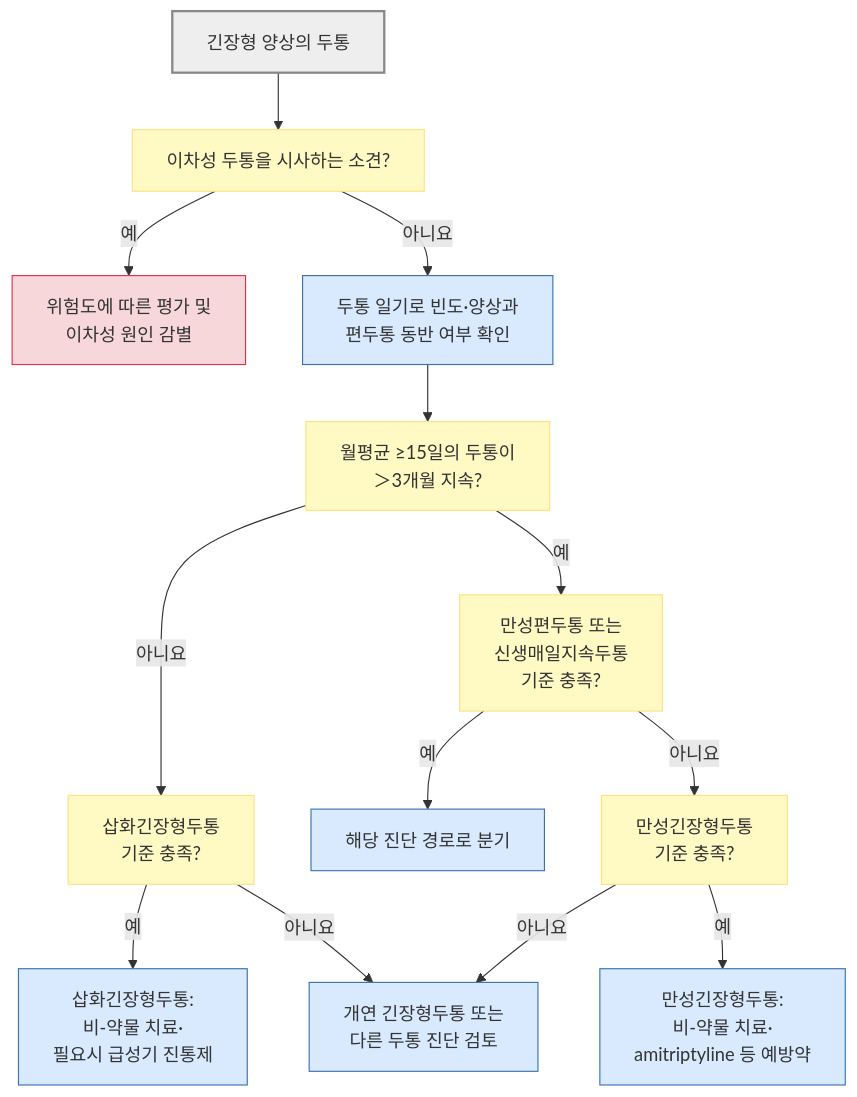
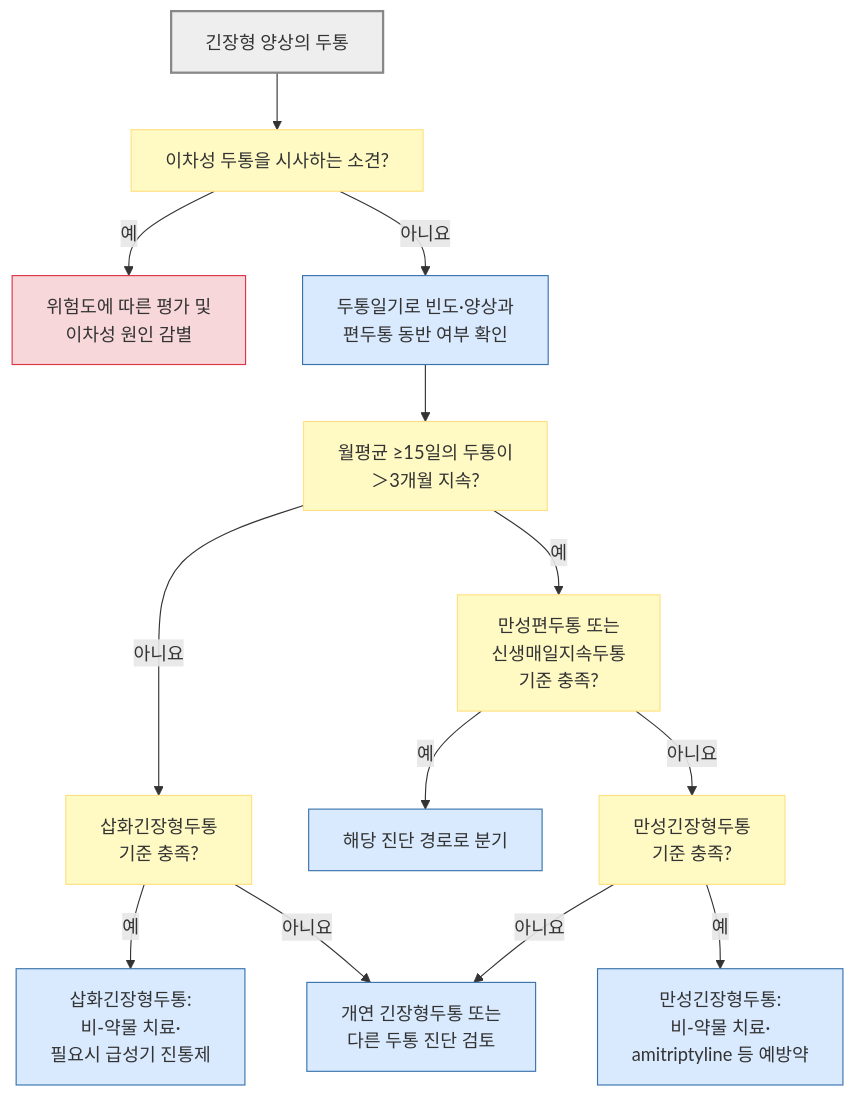
Before and after one commit to familyoh77/familyoh77: the diagram in 221_/017_-tension-type-headache.md, drawn with Mermaid. The commit also changed other lines of this file, not shown here.

````diff
--- a/221_/017_-tension-type-headache.md
+++ b/221_/017_-tension-type-headache.md
@@ -158,22 +158,22 @@
 ```mermaid
 flowchart TD
     A["긴장형 양상의 두통"] --> B["이차성 두통을 시사하는 소견?"]
     B -- "예" --> C["위험도에 따른 평가 및 <br/>이차성 원인 감별"]
-    B -- "아니요" --> D["두통 일기로 빈도·양상과 <br/>편두통 동반 여부 확인"]
+    B -- "아니요" --> D["두통일기로 빈도·양상과 <br/>편두통 동반 여부 확인"]
     D --> E["월평균 ≥15일의 두통이 <br/>＞3개월 지속?"]
     E -- "아니요" --> F["삽화긴장형두통 <br/>기준 충족?"]
     F -- "예" --> G["삽화긴장형두통: <br/>비-약물 치료·<br/>필요시 급성기 진통제"]
     F -- "아니요" --> L["개연 긴장형두통 또는 <br/>다른 두통 진단 검토"]
     E -- "예" --> H["만성편두통 또는 <br/>신생매일지속두통 <br/>기준 충족?"]
     H -- "예" --> I["해당 진단 경로로 분기"]
     H -- "아니요" --> J["만성긴장형두통 <br/>기준 충족?"]
     J -- "예" --> K["만성긴장형두통: <br/>비-약물 치료·<br/>amitriptyline 등 예방약"]
     J -- "아니요" --> L
     classDef question fill:#fff9c4,stroke:#ffe082
     classDef emergency fill:#f8d7da,stroke:#dc3545
     classDef care fill:#d9eaff,stroke:#3973ac
     class B,E,F,H,J question
     class C emergency
     class D,G,I,K,L care
     style A fill:#eeeeee,stroke:#888888,stroke-width:2px
 ```
````
